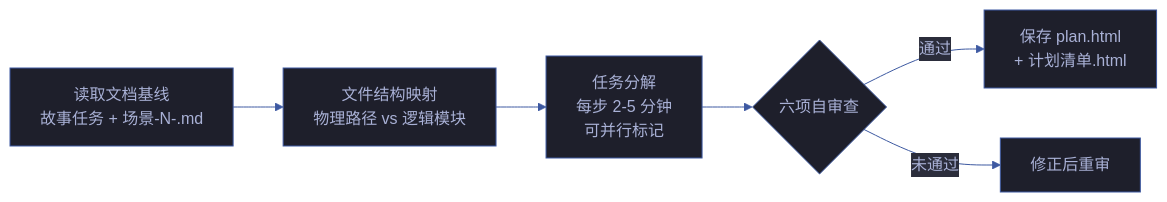
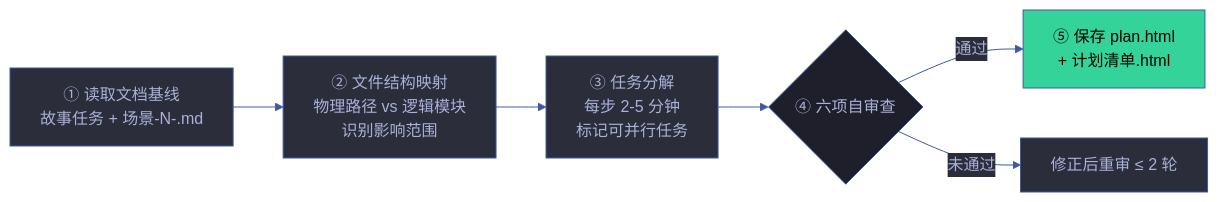
The diagram in skills/rui-plan/SKILL.md (effiy/YrY), drawn with Mermaid before and after one commit. The commit also changed other lines of this file and 1028 other files, not shown here.

````diff
--- a/skills/rui-plan/SKILL.md
+++ b/skills/rui-plan/SKILL.md
@@ -22,16 +26,19 @@
 ```mermaid
 %%{init: {'theme': 'base', 'themeVariables': {
   'primaryColor': '#1e1f2b',
   'primaryTextColor': '#a9b1d6',
   'primaryBorderColor': '#3d59a1',
   'lineColor': '#3d59a1',
   'secondaryColor': '#2b2d3b',
   'tertiaryColor': '#21232f'
 }}}%%
 flowchart LR
-    READ["读取文档基线<br/>故事任务 + 场景-N-.md"]:::s --> MAP["文件结构映射<br/>物理路径 vs 逻辑模块"]:::s
-    MAP --> DECOMP["任务分解<br/>每步 2-5 分钟<br/>可并行标记"]:::s
-    DECOMP --> REVIEW{"六项自审查"}
-    REVIEW -->|"通过"| SAVE["保存 plan.html<br/>+ 计划清单.html"]:::out
-    REVIEW -->|"未通过"| FIX["修正后重审"]:::s
+    READ["① 读取文档基线<br/>故事任务 + 场景-N-.md"]:::s --> MAP["② 文件结构映射<br/>物理路径 vs 逻辑模块<br/>识别影响范围"]:::s
+    MAP --> DECOMP["③ 任务分解<br/>每步 2-5 分钟<br/>标记可并行任务"]:::s
+    DECOMP --> REVIEW{"④ 六项自审查"}
+    REVIEW -->|"通过"| SAVE["⑤ 保存 plan.html<br/>+ 计划清单.html"]:::out
+    REVIEW -->|"未通过"| FIX["修正后重审 ≤ 2 轮"]:::s
+
+    classDef s fill:#2b2d3b,stroke:#3d59a1,color:#a9b1d6
+    classDef out fill:#34d399,color:#000
 ```
````
